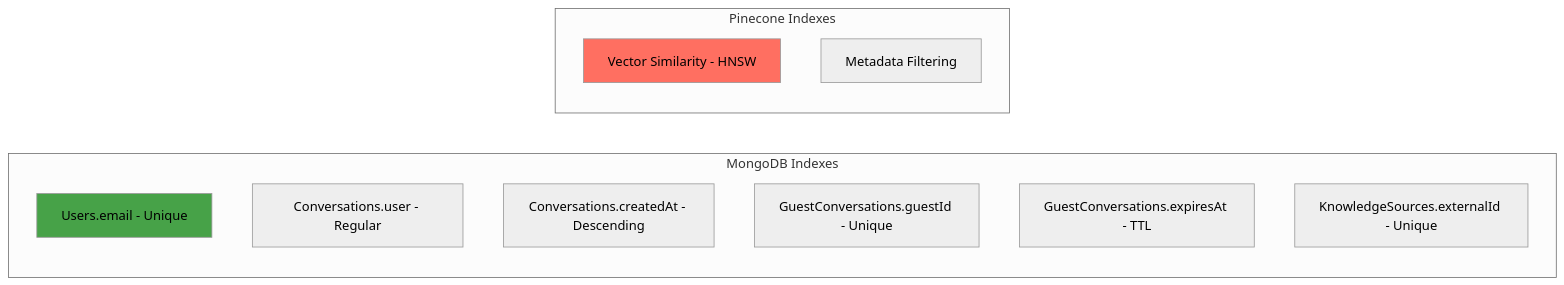
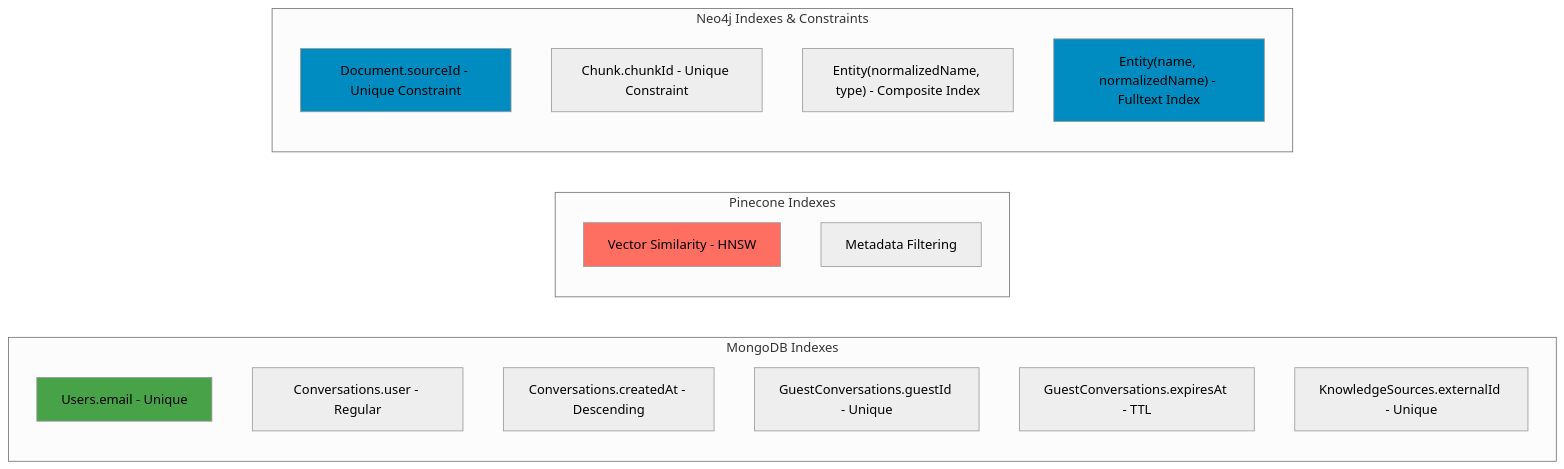
Before and after one commit to hoangsonww/AI-RAG-Assistant-Chatbot: diagram 30 of 43 in ARCHITECTURE.md, drawn with Mermaid (neutral theme). The commit also changed other lines of this file and 32 other files, not shown here.

First line of the commit message:
feat(rag): add hybrid Pinecone+Neo4j retrieval, graph ingestion, and CLI graph management

````diff
--- a/ARCHITECTURE.md
+++ b/ARCHITECTURE.md
@@ -1094,19 +1505,28 @@
 ```mermaid
 graph LR
     subgraph "MongoDB Indexes"
         UserEmail[Users.email - Unique]
         ConvUser[Conversations.user - Regular]
         ConvCreated[Conversations.createdAt - Descending]
         GuestID[GuestConversations.guestId - Unique]
         GuestExpire[GuestConversations.expiresAt - TTL]
         KnowledgeExternalId[KnowledgeSources.externalId - Unique]
     end
 
     subgraph "Pinecone Indexes"
         VectorIndex[Vector Similarity - HNSW]
         MetadataFilter[Metadata Filtering]
     end
 
+    subgraph "Neo4j Indexes & Constraints"
+        DocUnique["Document.sourceId - Unique Constraint"]
+        ChunkUnique["Chunk.chunkId - Unique Constraint"]
+        EntityComposite["Entity(normalizedName, type) - Composite Index"]
+        EntityFulltext["Entity(name, normalizedName) - Fulltext Index"]
+    end
+
     style UserEmail fill:#47A248
     style VectorIndex fill:#FF6F61
+    style DocUnique fill:#008CC1
+    style EntityFulltext fill:#008CC1
 ```
````
